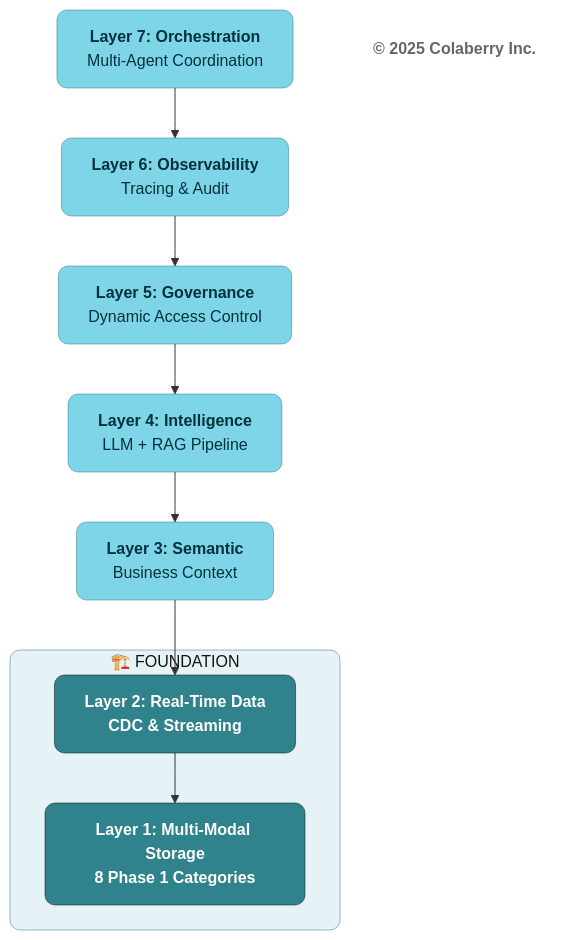
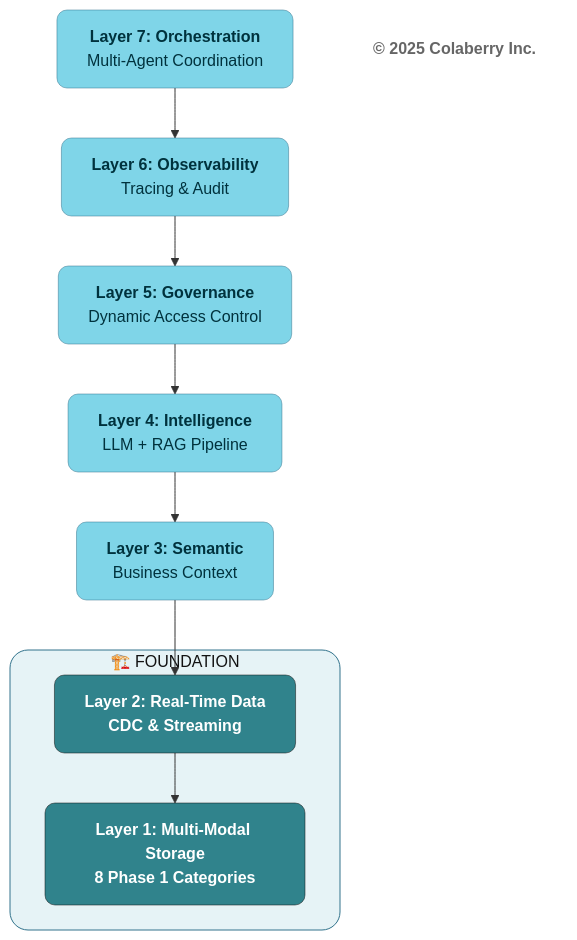
One commit to saitejesh-cyber/trust-before-intelligence-book changed the third of 11 diagrams in manuscript/05_chapter_4_foundation_layers.md. Above: the diagram before and after it, drawn with Mermaid. The commit also changed other lines of this file and 12 other files, not shown here.

````diff
--- a/manuscript/05_chapter_4_foundation_layers.md
+++ b/manuscript/05_chapter_4_foundation_layers.md
@@ -110,28 +110,28 @@
 ```mermaid
 graph TB
     L7["<b>Layer 7: Orchestration</b><br/>Multi-Agent Coordination"]
     L6["<b>Layer 6: Observability</b><br/>Tracing & Audit"]
     L5["<b>Layer 5: Governance</b><br/>Dynamic Access Control"]
     L4["<b>Layer 4: Intelligence</b><br/>LLM + RAG Pipeline"]
     L3["<b>Layer 3: Semantic</b><br/>Business Context"]
     
     subgraph FOUNDATION["🏗️ FOUNDATION"]
         L2["<b>Layer 2: Real-Time Data</b><br/><b>CDC & Streaming</b>"]
         L1["<b>Layer 1: Multi-Modal Storage</b><br/><b>8 Phase 1 Categories</b>"]
     end
     
     Copyright["<b>© 2025 Colaberry Inc.</b>"]
     
     L7 --> L6 --> L5 --> L4 --> L3
     L3 --> L2 --> L1
 
     style L7 fill:#7FD5E8,stroke:#32738C,stroke-width:0.5px,color:#00323D,rx:10,ry:10
     style L6 fill:#7FD5E8,stroke:#32738C,stroke-width:0.5px,color:#00323D,rx:10,ry:10
     style L5 fill:#7FD5E8,stroke:#32738C,stroke-width:0.5px,color:#00323D,rx:10,ry:10
     style L4 fill:#7FD5E8,stroke:#32738C,stroke-width:0.5px,color:#00323D,rx:10,ry:10
     style L3 fill:#7FD5E8,stroke:#32738C,stroke-width:0.5px,color:#00323D,rx:10,ry:10
     style L2 fill:#30838C,color:#ffffff,stroke:#0D0D0D,stroke-width:0.5px,rx:10,ry:10
     style L1 fill:#30838C,color:#ffffff,stroke:#0D0D0D,stroke-width:0.5px,rx:10,ry:10
-    style FOUNDATION fill:#E6F3F6,stroke:#32738C,stroke-width:0.5px,color:#121212,rx:10,ry:10
+    style FOUNDATION fill:#E6F3F6,stroke:#32738C,stroke-width:1px,color:#121212,rx:18,ry:18
     style Copyright fill:none,stroke:none,color:#666666
 ```
````
